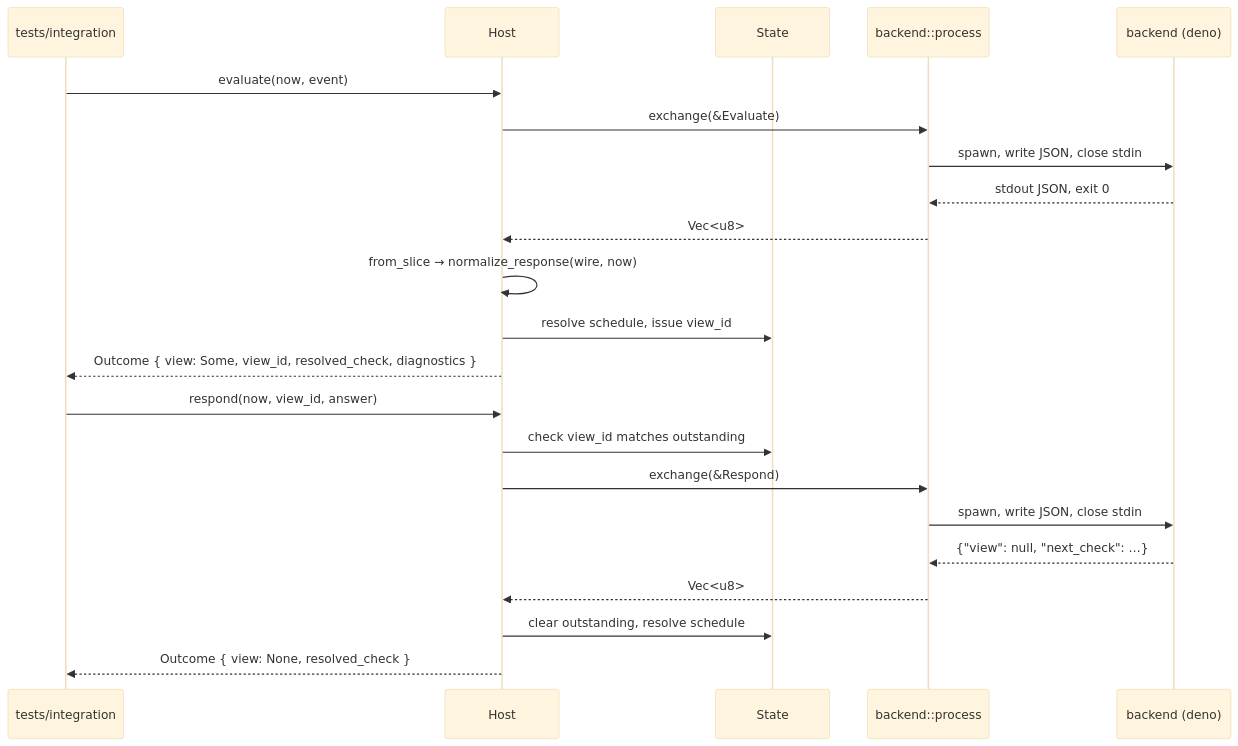
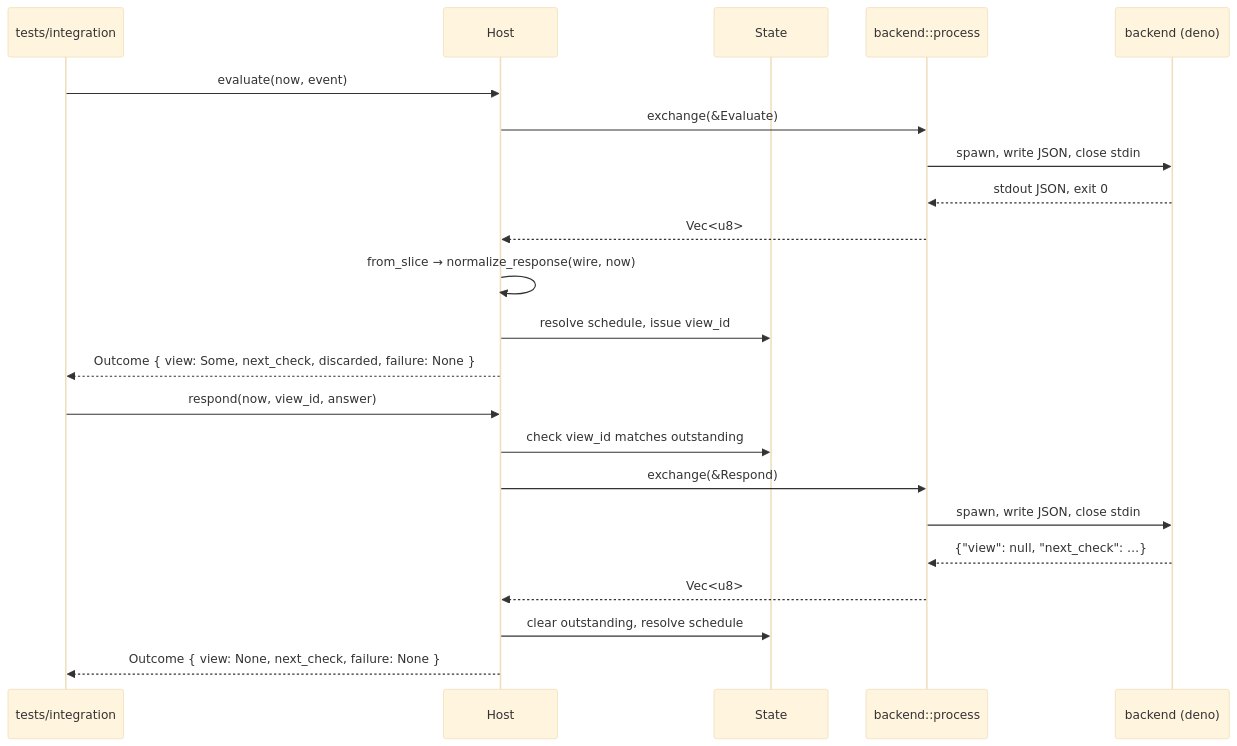
The second of 3 diagrams in docs/slices/001/design.md (davidlee/goad), drawn with Mermaid (base theme) before and after one commit. The commit also changed other lines of this file and 5 other files, not shown here.

````diff
--- a/docs/slices/001/design.md
+++ b/docs/slices/001/design.md
@@ -685,25 +1031,25 @@
 ```mermaid
 sequenceDiagram
     participant T as tests/integration
     participant H as Host
     participant S as State
     participant P as backend::process
     participant B as backend (deno)
 
     T->>H: evaluate(now, event)
     H->>P: exchange(&Evaluate)
     P->>B: spawn, write JSON, close stdin
     B-->>P: stdout JSON, exit 0
     P-->>H: Vec<u8>
     H->>H: from_slice → normalize_response(wire, now)
     H->>S: resolve schedule, issue view_id
-    H-->>T: Outcome { view: Some, view_id, resolved_check, diagnostics }
+    H-->>T: Outcome { view: Some, next_check, discarded, failure: None }
     T->>H: respond(now, view_id, answer)
     H->>S: check view_id matches outstanding
     H->>P: exchange(&Respond)
     P->>B: spawn, write JSON, close stdin
     B-->>P: {"view": null, "next_check": …}
     P-->>H: Vec<u8>
     H->>S: clear outstanding, resolve schedule
-    H-->>T: Outcome { view: None, resolved_check }
+    H-->>T: Outcome { view: None, next_check, failure: None }
 ```
````
